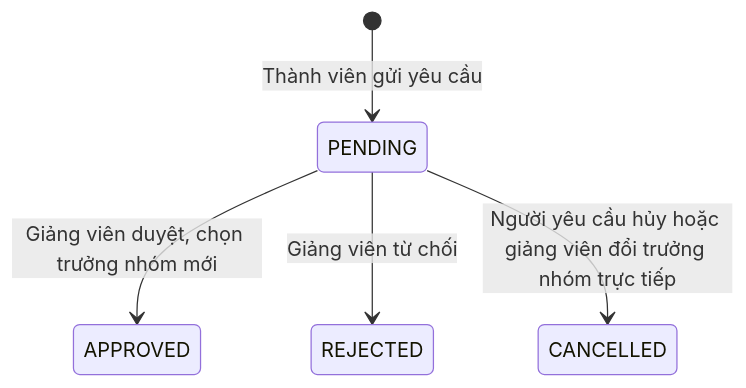
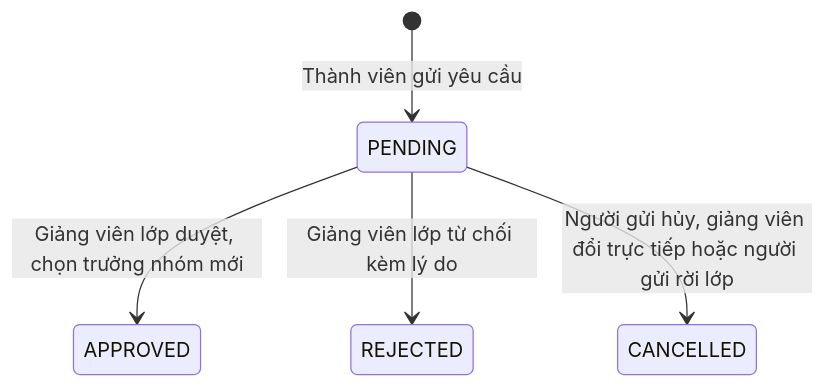
One commit to hygef-v4/AI-Powered-Learning-Platform changed the diagram in aidlc-docs/construction/u12-group-allocation/functional-design/domain-entities.md. Above: the diagram before and after it, drawn with Mermaid. The commit also changed other lines of this file and 185 other files, not shown here.

````diff
--- a/aidlc-docs/construction/u12-group-allocation/functional-design/domain-entities.md
+++ b/aidlc-docs/construction/u12-group-allocation/functional-design/domain-entities.md
@@ -63,7 +64,7 @@
 ```mermaid
 stateDiagram-v2
     [*] --> PENDING: Thành viên gửi yêu cầu
-    PENDING --> APPROVED: Giảng viên duyệt, chọn trưởng nhóm mới
-    PENDING --> REJECTED: Giảng viên từ chối
-    PENDING --> CANCELLED: Người yêu cầu hủy hoặc giảng viên đổi trưởng nhóm trực tiếp
+    PENDING --> APPROVED: Giảng viên lớp duyệt, chọn trưởng nhóm mới
+    PENDING --> REJECTED: Giảng viên lớp từ chối kèm lý do
+    PENDING --> CANCELLED: Người gửi hủy, giảng viên đổi trực tiếp hoặc người gửi rời lớp
 ```
````
